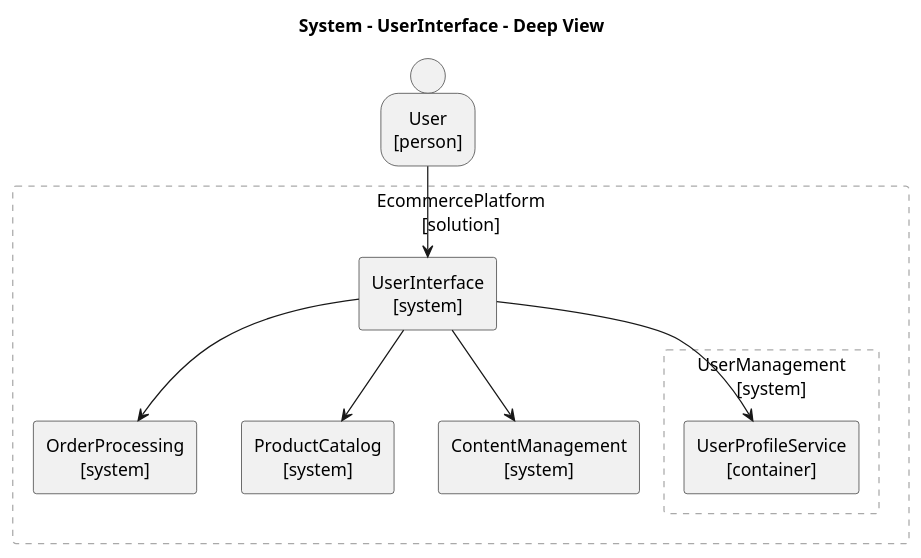
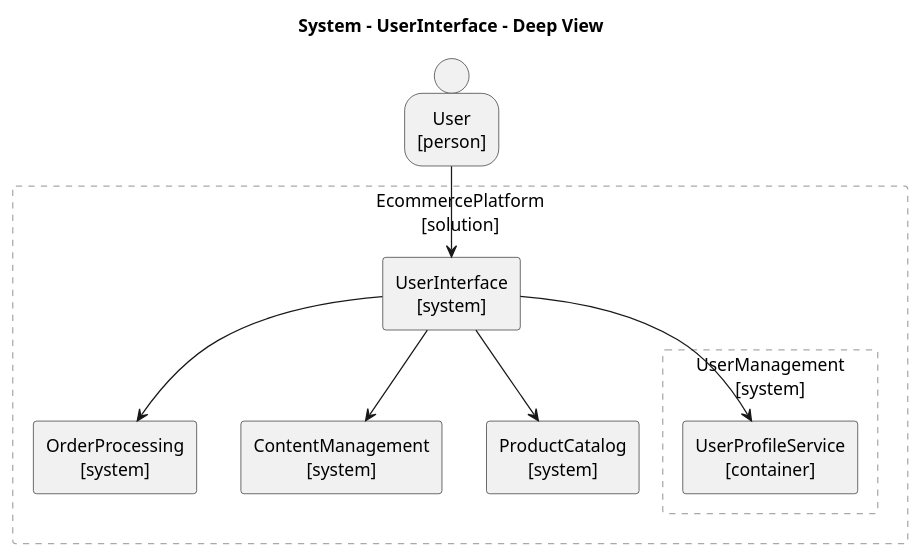
The diagram in src/doc/examples/design_example_step_3/views/plantuml/application/EcommercePlatform.UserInterface_deep.puml (tmorin/archicode), drawn with PlantUML before and after one commit. The commit also changed other lines of this file and 37 other files, not shown here.

```diff
--- a/src/doc/examples/design_example_step_3/views/plantuml/application/EcommercePlatform.UserInterface_deep.puml
+++ b/src/doc/examples/design_example_step_3/views/plantuml/application/EcommercePlatform.UserInterface_deep.puml
@@ -1,49 +1,49 @@
 @startuml EcommercePlatform.UserInterface_deep
 title System - UserInterface - Deep View
 skinparam defaultTextAlignment center
 skinparam defaultTextAlignment<<atomic>> center
 skinparam wrapWidth 200
 skinparam maxMessageSize 150
 hide stereotype
 <style>
 .composite {
 BackgroundColor: transparent
 LineColor: darkgray
 LineStyle: 5
 FontStyle: normal
 }
 </style>
+person User <<atomic>> <<person>> [
+User
+[person]
+]
 rectangle EcommercePlatform as "EcommercePlatform\n[solution]" <<composite>> {
 rectangle EcommercePlatform.OrderProcessing <<system>> <<atomic>> [
 OrderProcessing
 [system]
 ]
+rectangle EcommercePlatform.ContentManagement <<system>> <<atomic>> [
+ContentManagement
+[system]
+]
 rectangle EcommercePlatform.ProductCatalog <<system>> <<atomic>> [
 ProductCatalog
-[system]
-]
-rectangle EcommercePlatform.UserInterface <<system>> <<atomic>> [
-UserInterface
 [system]
 ]
 rectangle EcommercePlatform.UserManagement as "UserManagement\n[system]" <<composite>> {
 rectangle EcommercePlatform.UserManagement.UserProfileService <<container>> <<atomic>> [
 UserProfileService
 [container]
 ]
 }
-rectangle EcommercePlatform.ContentManagement <<system>> <<atomic>> [
-ContentManagement
+rectangle EcommercePlatform.UserInterface <<system>> <<atomic>> [
+UserInterface
 [system]
 ]
 }
-person User <<atomic>> <<person>> [
-User
-[person]
-]
 EcommercePlatform.UserInterface --> EcommercePlatform.ContentManagement
+EcommercePlatform.UserInterface --> EcommercePlatform.OrderProcessing
 User --> EcommercePlatform.UserInterface
-EcommercePlatform.UserInterface --> EcommercePlatform.OrderProcessing
+EcommercePlatform.UserInterface --> EcommercePlatform.UserManagement.UserProfileService
 EcommercePlatform.UserInterface --> EcommercePlatform.ProductCatalog
-EcommercePlatform.UserInterface --> EcommercePlatform.UserManagement.UserProfileService
 @enduml
```
